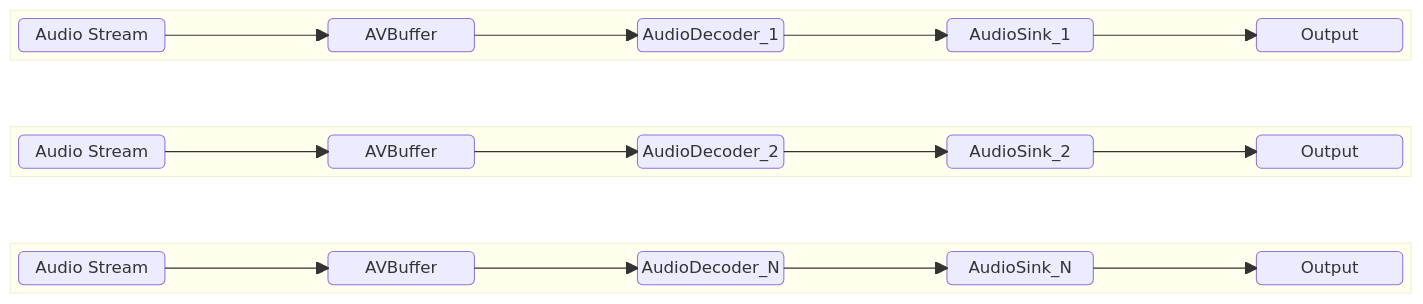
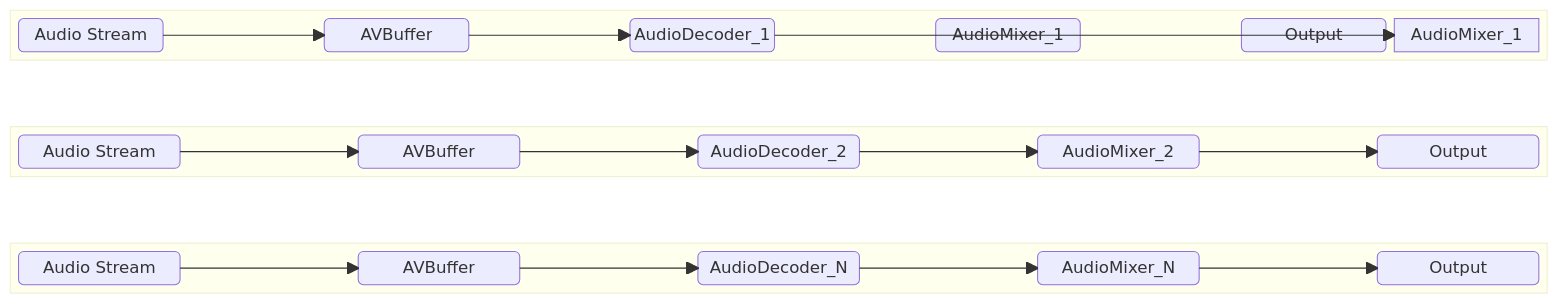
Before and after one commit to davidkoo-brcm/rdk-halif-aidl-test-audiosink: the fourth of 4 diagrams in docs/pages/audioSink_High-Level_TestSpecification.md, drawn with Mermaid. The commit also changed other lines of this file, not shown here.

````diff
--- a/docs/pages/audioSink_High-Level_TestSpecification.md
+++ b/docs/pages/audioSink_High-Level_TestSpecification.md
@@ -101,27 +148,27 @@
 ```mermaid
 block-beta
 columns 1
     block:1
-        AudioStream_1("Audio Stream") space AVBuffer_1("AVBuffer") space AudioDecoder_1("AudioDecoder_1") space AudioSink_1("AudioSink_1") space Output_1("Output")
+        AudioStream_1("Audio Stream") space AVBuffer_1("AVBuffer") space AudioDecoder_1("AudioDecoder_1") space AudiMixer_1("AudioMixer_1") space Output_1("Output")
         AudioStream_1 --> AVBuffer_1
         AVBuffer_1 --> AudioDecoder_1
-        AudioDecoder_1-->AudioSink_1
-        AudioSink_1 --> Output_1
+        AudioDecoder_1-->AudioMixer_1
+        AudioMixer_1 --> Output_1
     end
     space
     block:2
-        AudioStream_2("Audio Stream") space AVBuffer_2("AVBuffer") space AudioDecoder_2("AudioDecoder_2") space AudioSink_2("AudioSink_2") space Output_2("Output")
+        AudioStream_2("Audio Stream") space AVBuffer_2("AVBuffer") space AudioDecoder_2("AudioDecoder_2") space AudioMixer_2("AudioMixer_2") space Output_2("Output")
         AudioStream_2 --> AVBuffer_2
         AVBuffer_2 --> AudioDecoder_2
-        AudioDecoder_2-->AudioSink_2
-        AudioSink_2 --> Output_2
+        AudioDecoder_2-->AudioMixer_2
+        AudioMixer_2 --> Output_2
     end
     space
     block:N
-        AudioStream_N("Audio Stream") space AVBuffer_N("AVBuffer") space AudioDecoder_N("AudioDecoder_N") space AudioSink_N("AudioSink_N") space Output_N("Output")
+        AudioStream_N("Audio Stream") space AVBuffer_N("AVBuffer") space AudioDecoder_N("AudioDecoder_N") space AudioMixer_N("AudioMixer_N") space Output_N("Output")
         AudioStream_N --> AVBuffer_N
         AVBuffer_N --> AudioDecoder_N
-        AudioDecoder_N-->AudioSink_N
-        AudioSink_N --> Output_N
+        AudioDecoder_N-->AudioMixer_N
+        AudioMixer_N --> Output_N
     end
 ```
````
